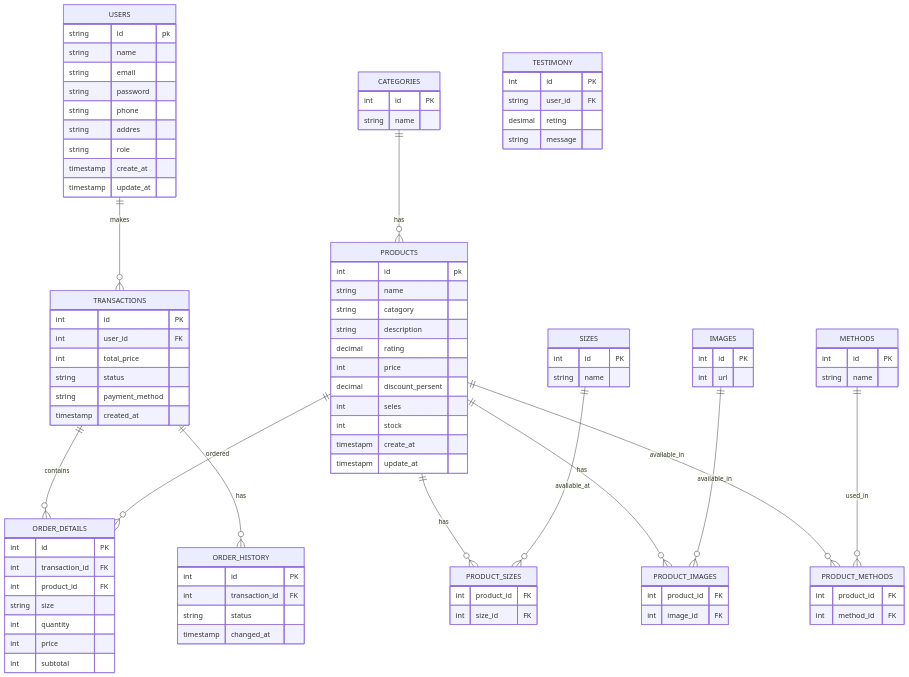
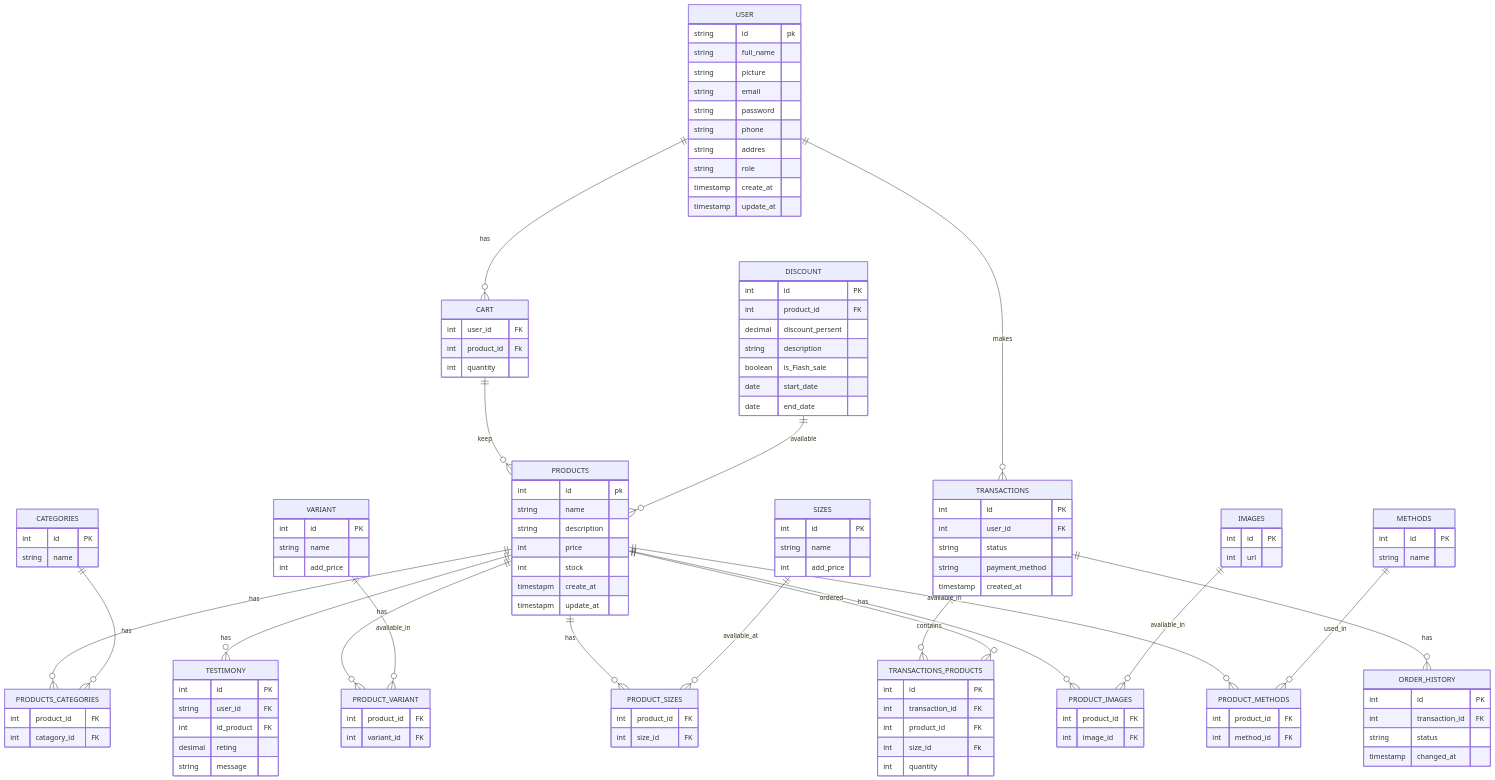
Before and after one commit to ghifar1327/koda-b6-db: the diagram in ERD.md, drawn with Mermaid.

Commit message:
fix: adds normalisation 3NF

````diff
--- a/ERD.md
+++ b/ERD.md
@@ -4,40 +4,45 @@
 erDiagram
 
 
-
-
-    USERS ||--o{ TRANSACTIONS : makes
-    USERS {
+    USER ||--O{ CART : has
+    USER ||--o{ TRANSACTIONS : makes
+    USER {
         string id pk 
-         string name
-         string  email
-         string password
-         string phone
-         string addres 
-         string role
-         timestamp create_at
-         timestamp update_at
+        string full_name
+        string picture
+        string  email
+        string password
+        string phone
+        string addres 
+        string role
+        timestamp create_at
+        timestamp update_at
     }
 
-    TRANSACTIONS ||--o{ ORDER_DETAILS : contains
+    CART ||--O{ PRODUCTS : keep
+    CART{
+        int user_id FK
+        int product_id Fk
+        int quantity
+
+    }
+
+    TRANSACTIONS ||--o{ TRANSACTIONS_PRODUCTS : contains
     TRANSACTIONS ||--o{ ORDER_HISTORY : has
     TRANSACTIONS {
         int id PK
         int user_id FK
-        int total_price
         string status
         string payment_method
         timestamp created_at
     }
 
-    ORDER_DETAILS {
+    TRANSACTIONS_PRODUCTS {
         int id PK
         int transaction_id FK
         int product_id FK
-        string size
+        int size_id Fk
         int quantity
-        int price
-        int subtotal
     }
 
     ORDER_HISTORY {
@@ -47,30 +52,33 @@
         timestamp changed_at
     }
 
+    PRODUCTS ||--O{ PRODUCTS_CATEGORIES : has
+    PRODUCTS ||--O{ TESTIMONY : has
+    PRODUCTS ||--o{ PRODUCT_VARIANT : has
     PRODUCTS ||--o{ PRODUCT_SIZES : has
-    PRODUCTS ||--o{ ORDER_DETAILS : ordered
+    PRODUCTS ||--o{ TRANSACTIONS_PRODUCTS : ordered
     PRODUCTS ||--o{ PRODUCT_IMAGES : has
     PRODUCTS ||--o{ PRODUCT_METHODS : available_in
     PRODUCTS {
         int id pk
         string name
-        string catagory
         string description
-        decimal rating
         int price
-        decimal discount_persent
-        int seles
         int stock
         timestapm create_at
         timestapm update_at
     }
 
-    CATEGORIES ||--o{ PRODUCTS : has
+    CATEGORIES ||--o{ PRODUCTS_CATEGORIES : has
     CATEGORIES {
         int id PK
         string name
     }
-    
+    PRODUCTS_CATEGORIES{
+        int product_id FK
+        int catagory_id FK
+    }
+
     METHODS  ||--o{ PRODUCT_METHODS : used_in
     METHODS {
         int id PK
@@ -85,10 +93,22 @@
     SIZES {
         int id PK
         string name 
+        int add_price
     }
     PRODUCT_SIZES{
         int product_id FK
         int size_id FK
+    }
+
+    VARIANT ||--O{ PRODUCT_VARIANT : available_in
+    VARIANT {
+        int id PK
+        string name
+        int add_price
+    }
+    PRODUCT_VARIANT{
+        int product_id FK
+        int variant_id FK
     }
 
     IMAGES ||--o{ PRODUCT_IMAGES : available_in
@@ -103,7 +123,19 @@
     TESTIMONY{
         int id PK
         string user_id FK
+        int id_product FK
         desimal reting
         string message 
     }
+
+    DISCOUNT ||--O{ PRODUCTS : available
+    DISCOUNT {
+        int id PK
+        int product_id FK
+        decimal discount_persent
+        string description
+        boolean is_Flash_sale
+        date start_date
+        date end_date
+    }
 ```
````
